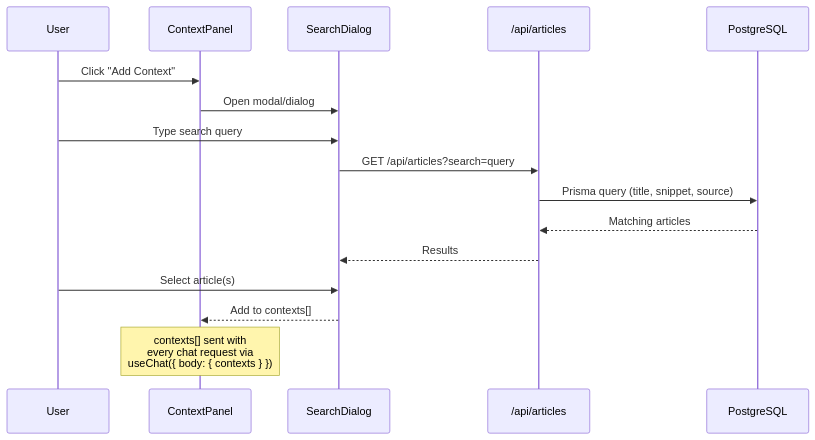
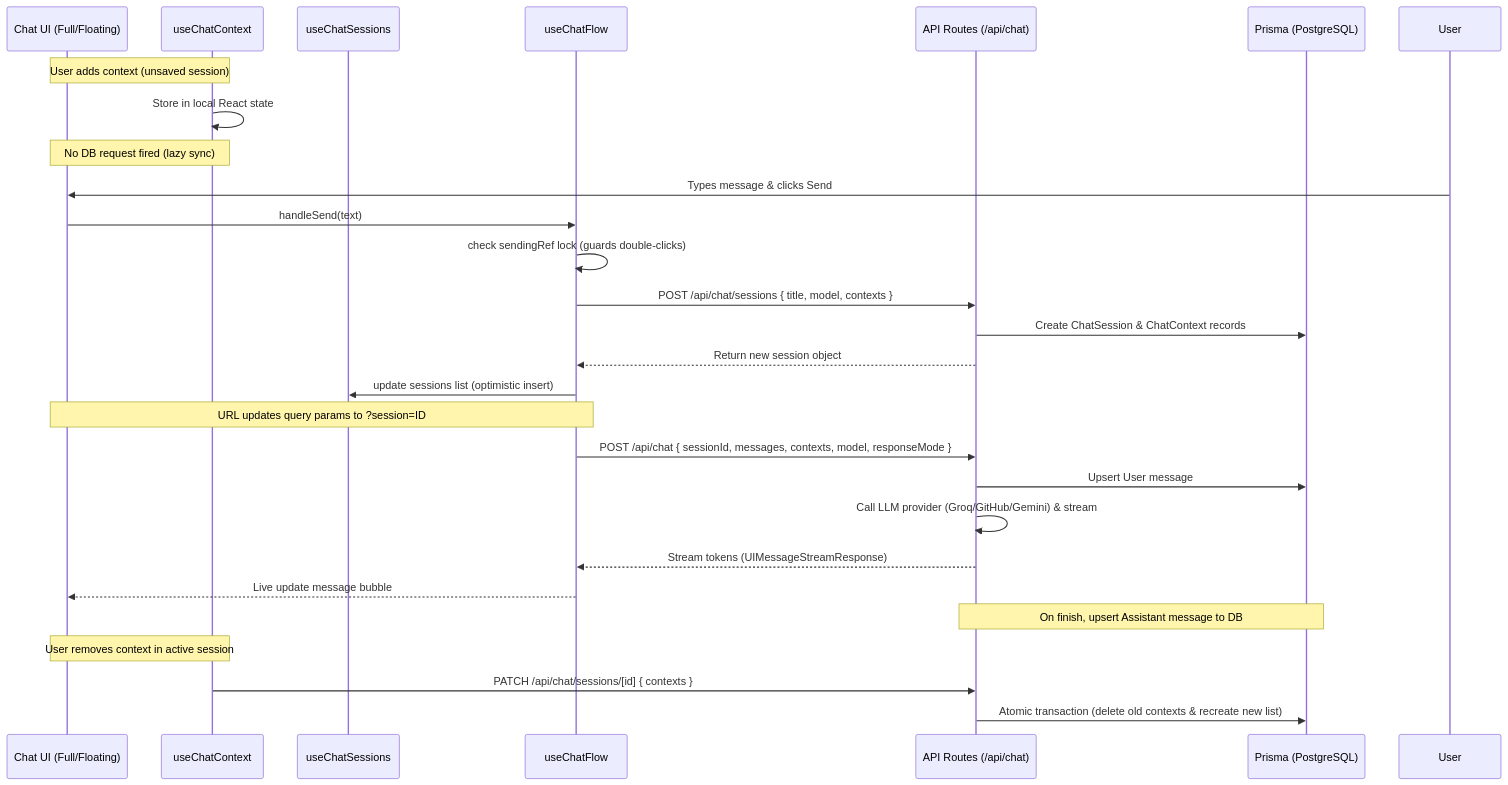
The diagram in docs/1. Domain specific/6. chat/0. chat-interface.md (MainuddinMehedi/global-news-aggregator), drawn with Mermaid before and after one commit. The commit also changed other lines of this file and 15 other files, not shown here.

First line of the commit message:
feat(rag): implement RAG vector search with gemini-embedding-001 and pgvector

````diff
--- a/docs/1. Domain specific/6. chat/0. chat-interface.md
+++ b/docs/1. Domain specific/6. chat/0. chat-interface.md
@@ -307,19 +19,37 @@
 ```mermaid
 sequenceDiagram
-    participant User
-    participant ContextPanel
-    participant SearchDialog
-    participant API as /api/articles
-    participant DB as PostgreSQL
+    participant UI as Chat UI (Full/Floating)
+    participant UC as useChatContext
+    participant US as useChatSessions
+    participant UF as useChatFlow
+    participant API as API Routes (/api/chat)
+    participant DB as Prisma (PostgreSQL)
 
-    User->>ContextPanel: Click "Add Context"
-    ContextPanel->>SearchDialog: Open modal/dialog
-    User->>SearchDialog: Type search query
-    SearchDialog->>API: GET /api/articles?search=query
-    API->>DB: Prisma query (title, snippet, source)
-    DB-->>API: Matching articles
-    API-->>SearchDialog: Results
-    User->>SearchDialog: Select article(s)
-    SearchDialog-->>ContextPanel: Add to contexts[]
-    Note over ContextPanel: contexts[] sent with<br/>every chat request via<br/>useChat({ body: { contexts } })
+    %% 1. Context Addition
+    Note over UI, UC: User adds context (unsaved session)
+    UC->>UC: Store in local React state
+    Note over UI, UC: No DB request fired (lazy sync)
+
+    %% 2. First Message & Session Creation
+    User->>UI: Types message & clicks Send
+    UI->>UF: handleSend(text)
+    UF->>UF: check sendingRef lock (guards double-clicks)
+    UF->>API: POST /api/chat/sessions { title, model, contexts }
+    API->>DB: Create ChatSession & ChatContext records
+    API-->>UF: Return new session object
+    UF->>US: update sessions list (optimistic insert)
+    Note over UF, UI: URL updates query params to ?session=ID
+
+    %% 3. AI Message Streaming
+    UF->>API: POST /api/chat { sessionId, messages, contexts, model, responseMode }
+    API->>DB: Upsert User message
+    API->>API: Call LLM provider (Groq/GitHub/Gemini) & stream
+    API-->>UF: Stream tokens (UIMessageStreamResponse)
+    UF-->>UI: Live update message bubble
+    Note over API, DB: On finish, upsert Assistant message to DB
+
+    %% 4. Context Modification in Active Session
+    Note over UI, UC: User removes context in active session
+    UC->>API: PATCH /api/chat/sessions/[id] { contexts }
+    API->>DB: Atomic transaction (delete old contexts & recreate new list)
 ```
````
